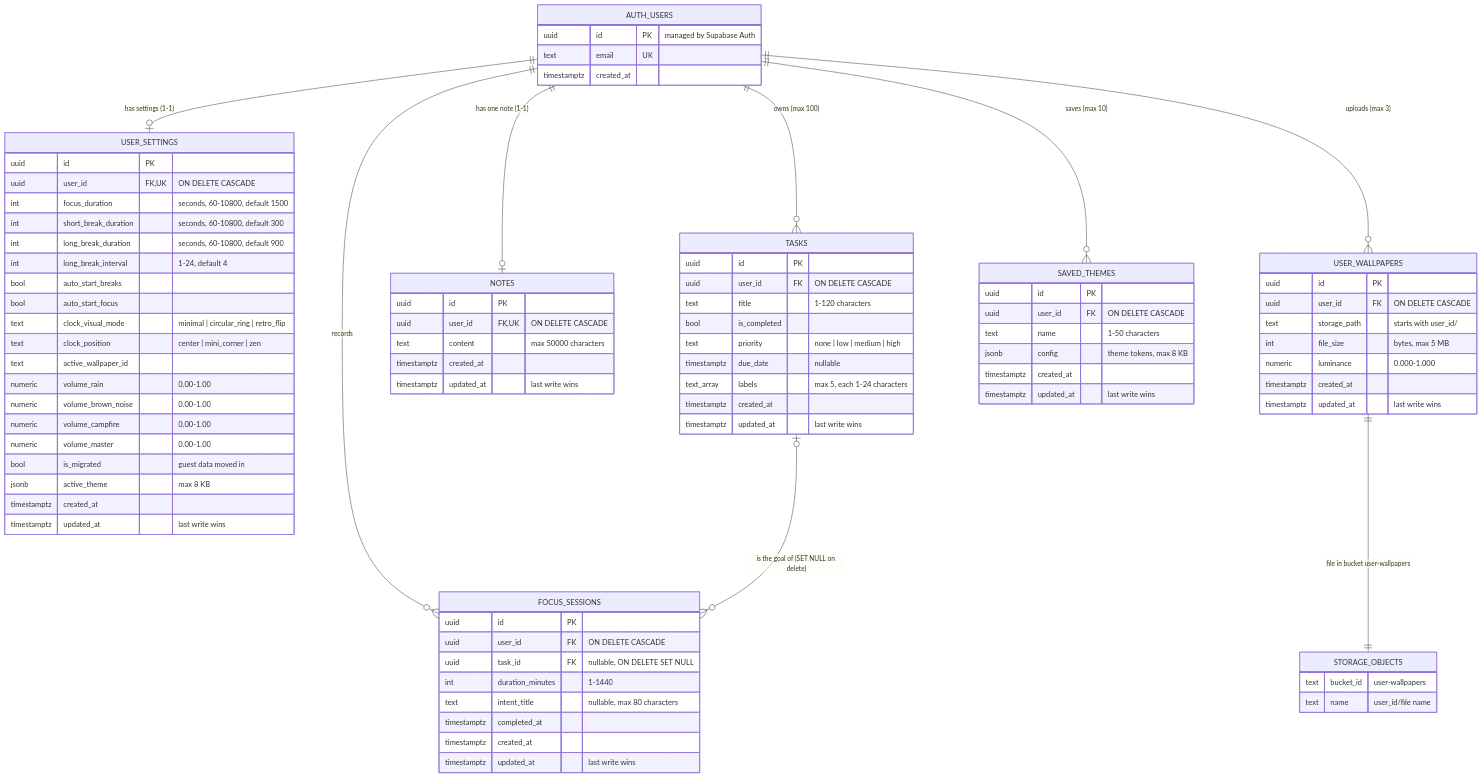
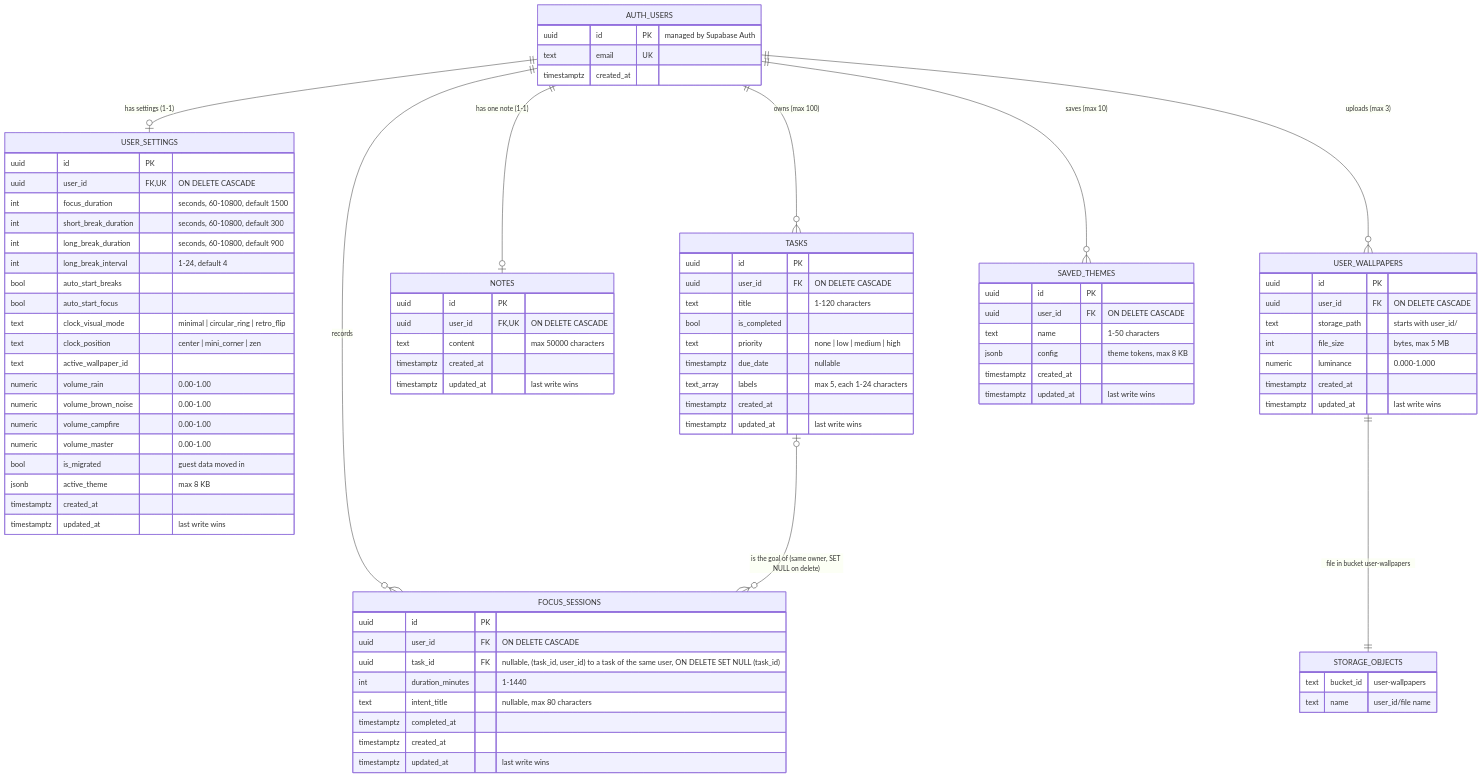
One commit to kitalikedev/FocusFlow changed the diagram in README.md. Above: the diagram before and after it, drawn with Mermaid. The commit also changed other lines of this file and 2 other files, not shown here.

First line of the commit message:
Add the schema review migration and update the ERD and README

```diff
--- a/README.md
+++ b/README.md
@@ -130,7 +130,7 @@
     AUTH_USERS ||--o{ FOCUS_SESSIONS : "records"
     AUTH_USERS ||--o{ USER_WALLPAPERS : "uploads (max 3)"
     AUTH_USERS ||--o{ SAVED_THEMES : "saves (max 10)"
-    TASKS |o--o{ FOCUS_SESSIONS : "is the goal of (SET NULL on delete)"
+    TASKS |o--o{ FOCUS_SESSIONS : "is the goal of (same owner, SET NULL on delete)"
     USER_WALLPAPERS ||--|| STORAGE_OBJECTS : "file in bucket user-wallpapers"
 
     AUTH_USERS {
@@ -180,7 +180,7 @@
     FOCUS_SESSIONS {
         uuid id PK
         uuid user_id FK "ON DELETE CASCADE"
-        uuid task_id FK "nullable, ON DELETE SET NULL"
+        uuid task_id FK "nullable, (task_id, user_id) to a task of the same user, ON DELETE SET NULL (task_id)"
         int duration_minutes "1-1440"
         text intent_title "nullable, max 80 characters"
         timestamptz completed_at
```
